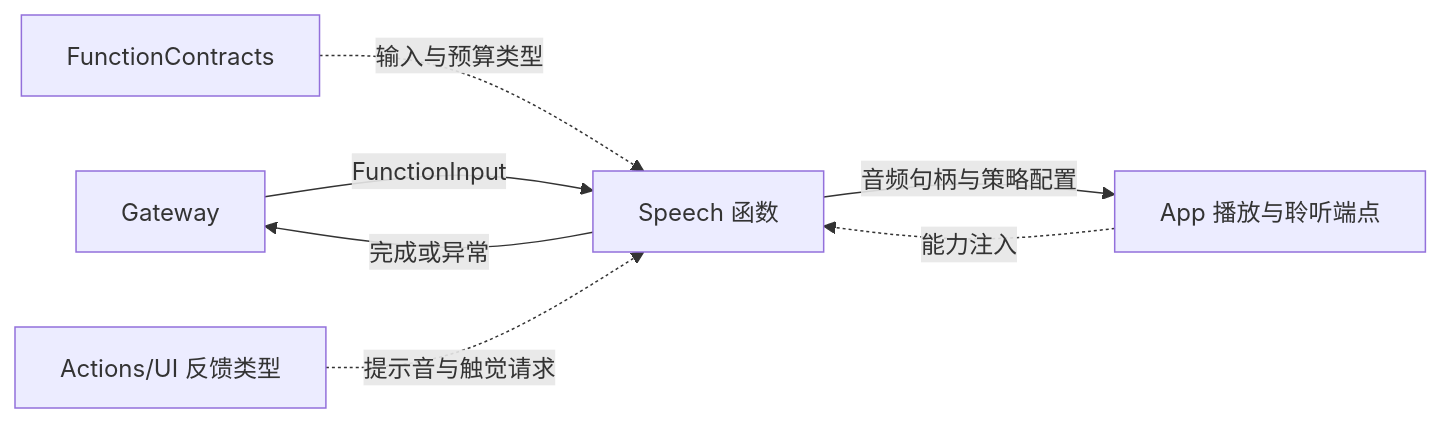
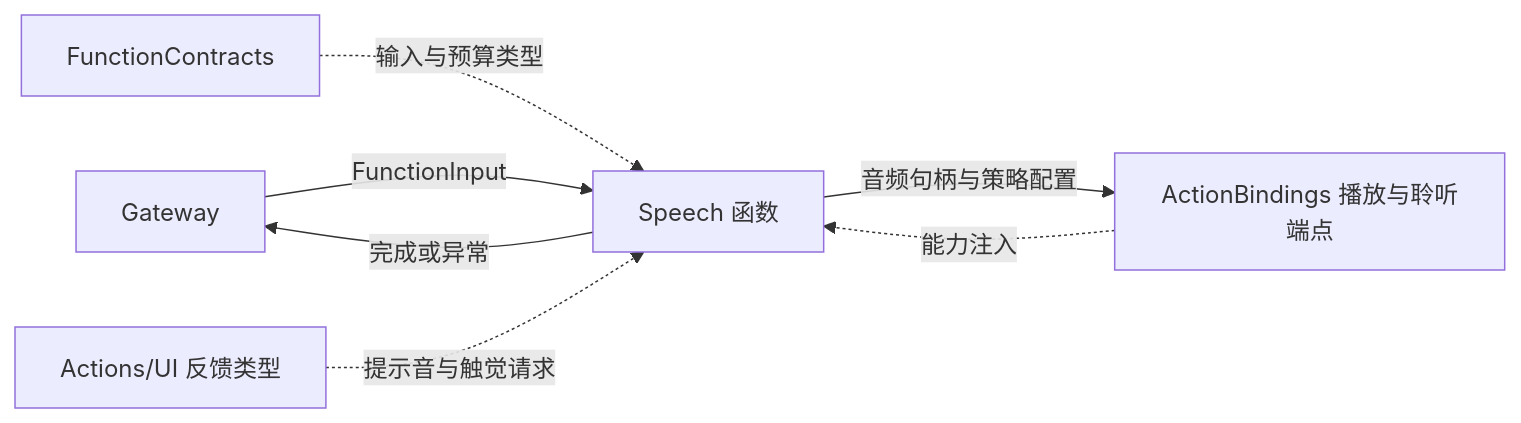
One commit to devilyouwei/MobileHarness changed the first of 2 diagrams in MobileHarness/Actions/Speech/README.md. Above: the diagram before and after it, drawn with Mermaid. The commit also changed other lines of this file and 254 other files, not shown here.

First line of the commit message:
refactor: isolate app composition and module bindings

````diff
--- a/MobileHarness/Actions/Speech/README.md
+++ b/MobileHarness/Actions/Speech/README.md
@@ -9,9 +9,9 @@
 ```mermaid
 flowchart LR
     Gateway -->|FunctionInput| S[Speech 函数]
     S -->|完成或异常| Gateway
-    Host[App 播放与聆听端点] -.->|能力注入| S
+    Host[ActionBindings 播放与聆听端点] -.->|能力注入| S
     S -->|音频句柄与策略配置| Host
     Contracts[FunctionContracts] -.->|输入与预算类型| S
     UIValues[Actions/UI 反馈类型] -.->|提示音与触觉请求| S
 ```
````
